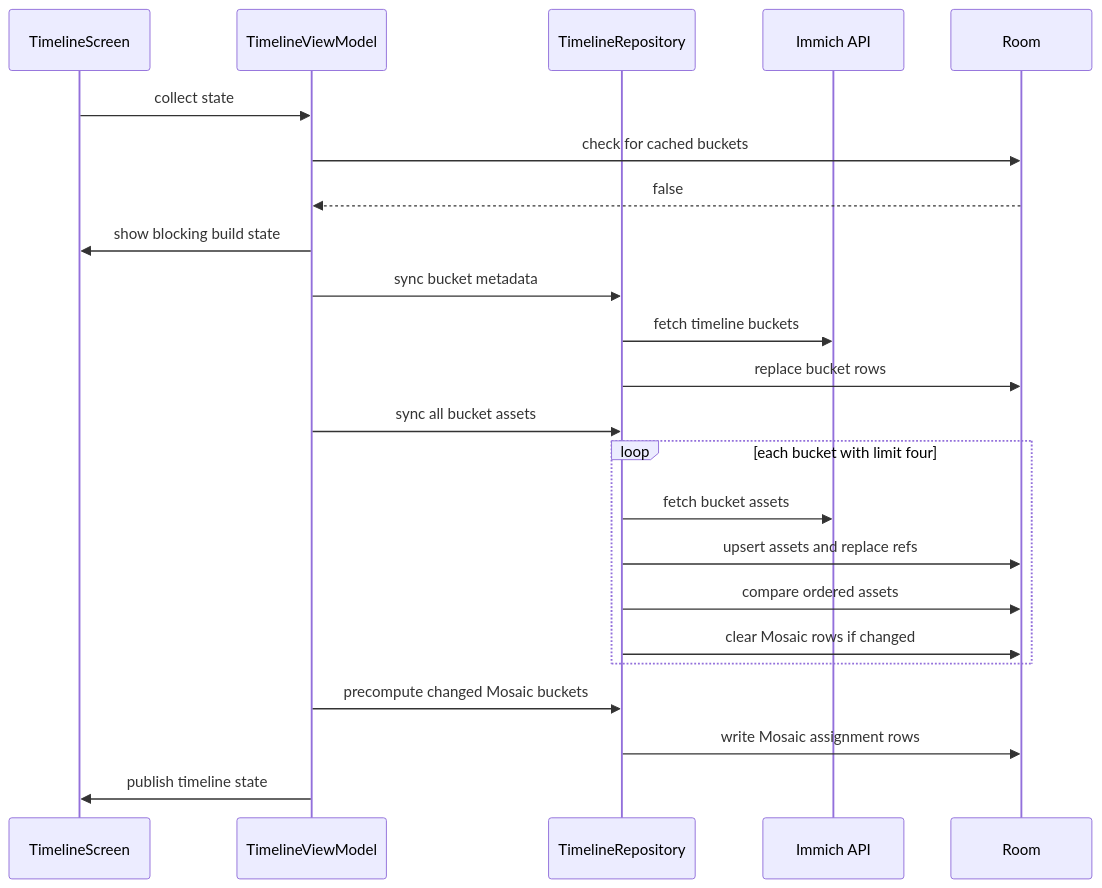
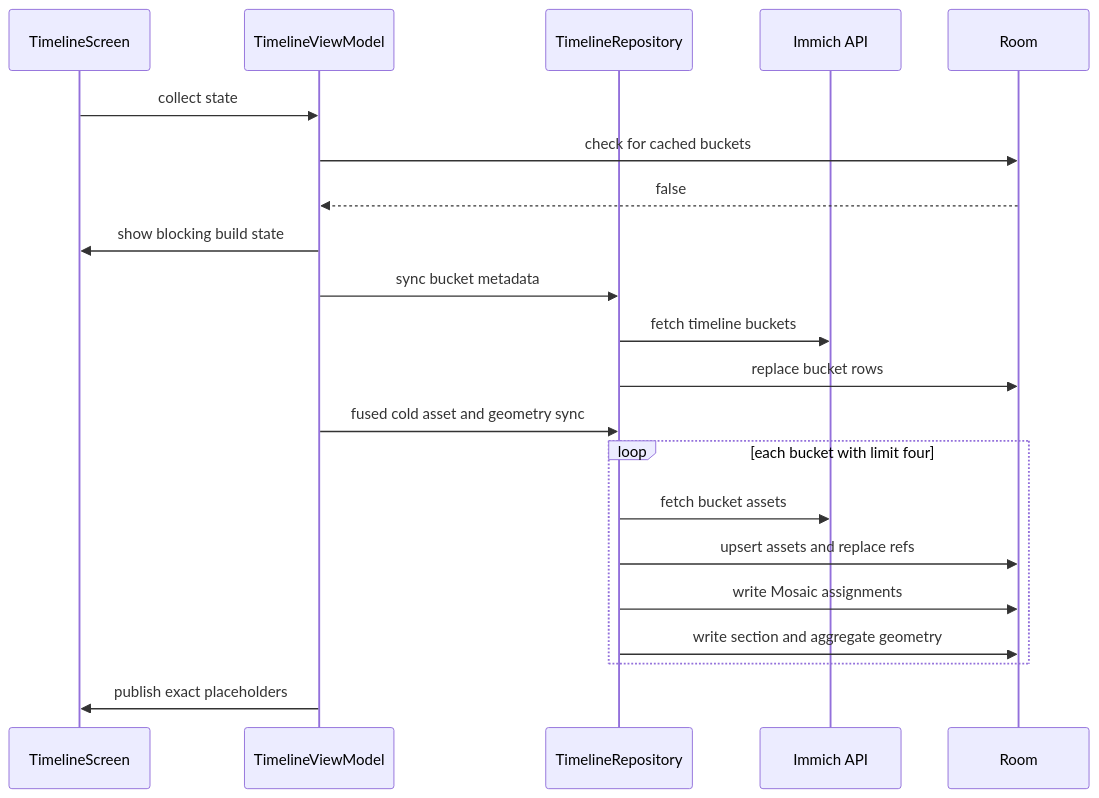
Before and after one commit to ch4ndu/ImmichGallery: the second of 7 diagrams in docs/timeline.md, drawn with Mermaid. The commit also changed other lines of this file and 49 other files, not shown here.

Commit message:
Timeline mosiac improvements

````diff
--- a/docs/timeline.md
+++ b/docs/timeline.md
@@ -68,26 +153,24 @@
 ```mermaid
 sequenceDiagram
     participant UI as TimelineScreen
     participant VM as TimelineViewModel
     participant Repo as TimelineRepository
     participant API as Immich API
     participant DB as Room
 
     UI->>VM: collect state
     VM->>DB: check for cached buckets
     DB-->>VM: false
     VM->>UI: show blocking build state
     VM->>Repo: sync bucket metadata
     Repo->>API: fetch timeline buckets
     Repo->>DB: replace bucket rows
-    VM->>Repo: sync all bucket assets
+    VM->>Repo: fused cold asset and geometry sync
     loop each bucket with limit four
         Repo->>API: fetch bucket assets
         Repo->>DB: upsert assets and replace refs
-        Repo->>DB: compare ordered assets
-        Repo->>DB: clear Mosaic rows if changed
+        Repo->>DB: write Mosaic assignments
+        Repo->>DB: write section and aggregate geometry
     end
-    VM->>Repo: precompute changed Mosaic buckets
-    Repo->>DB: write Mosaic assignment rows
-    VM->>UI: publish timeline state
+    VM->>UI: publish exact placeholders
 ```
````
